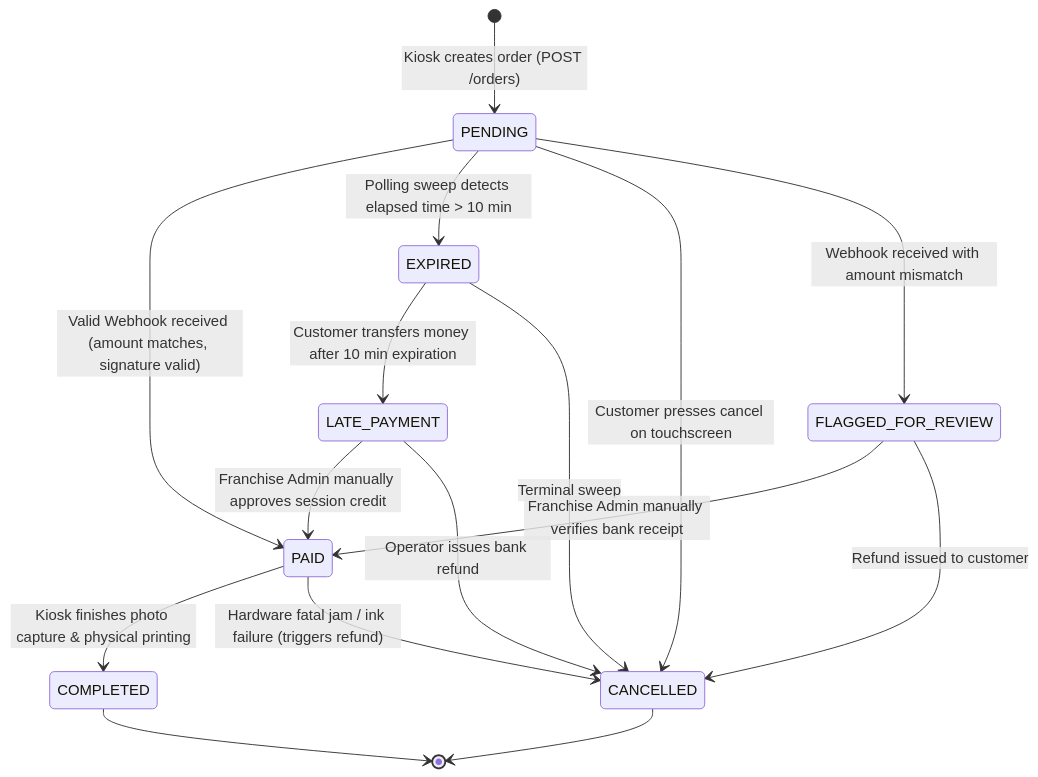
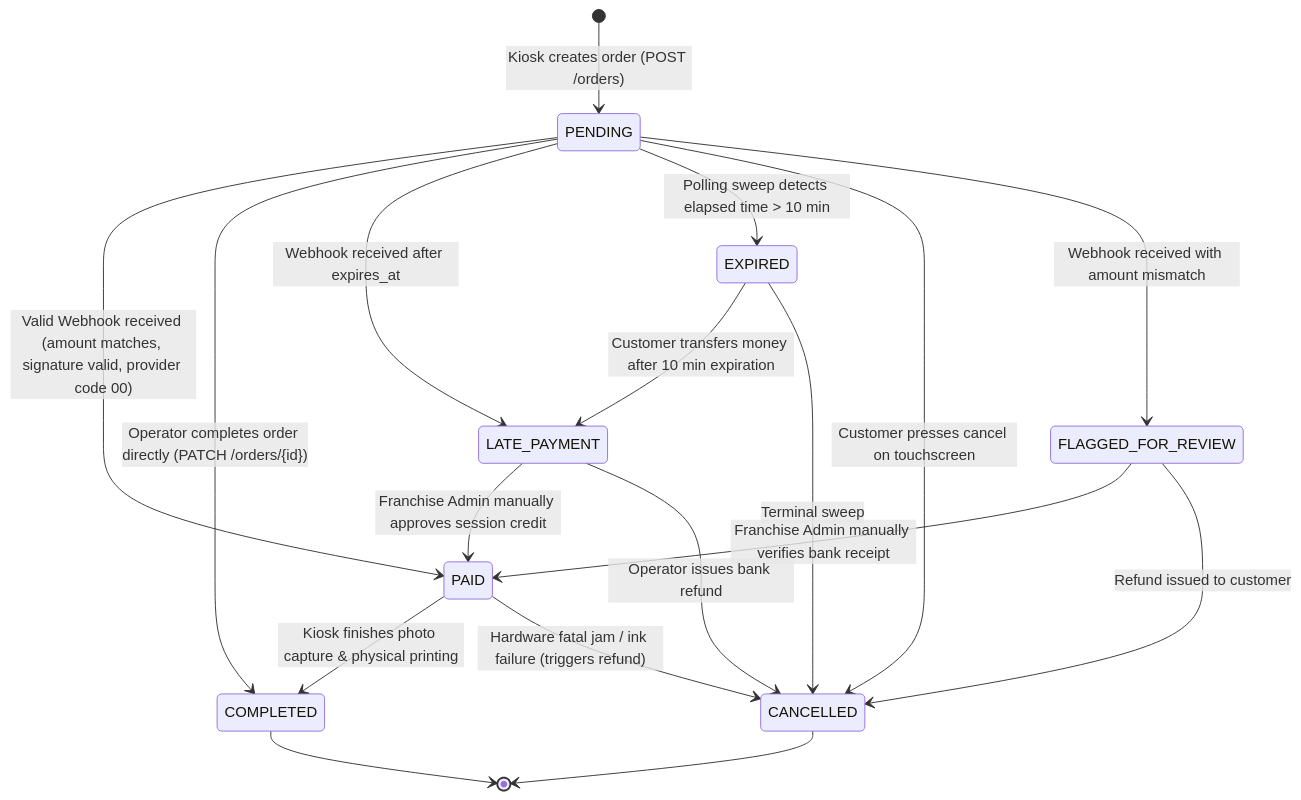
Before and after one commit to hienlongg/photobooth-order-payment-system: diagram 13 of 15 in docs/DESIGN.md, drawn with Mermaid. The commit also changed other lines of this file and 24 other files, not shown here.

First line of the commit message:
feat(payments): add PayOS/VietQR payment flow with idempotent webhooks

````diff
--- a/docs/DESIGN.md
+++ b/docs/DESIGN.md
@@ -1318,24 +1366,26 @@
 ```mermaid
 stateDiagram-v2
     [*] --> PENDING : Kiosk creates order (POST /orders)
 
-    PENDING --> PAID : Valid Webhook received (amount matches, signature valid)
+    PENDING --> PAID : Valid Webhook received (amount matches, signature valid, provider code 00)
+    PENDING --> COMPLETED : Operator completes order directly (PATCH /orders/{id})
+    PENDING --> LATE_PAYMENT : Webhook received after expires_at
     PENDING --> EXPIRED : Polling sweep detects elapsed time > 10 min
     PENDING --> CANCELLED : Customer presses cancel on touchscreen
     PENDING --> FLAGGED_FOR_REVIEW : Webhook received with amount mismatch
 
     EXPIRED --> LATE_PAYMENT : Customer transfers money after 10 min expiration
     EXPIRED --> CANCELLED : Terminal sweep
 
     FLAGGED_FOR_REVIEW --> PAID : Franchise Admin manually verifies bank receipt
     FLAGGED_FOR_REVIEW --> CANCELLED : Refund issued to customer
 
     LATE_PAYMENT --> PAID : Franchise Admin manually approves session credit
     LATE_PAYMENT --> CANCELLED : Operator issues bank refund
 
     PAID --> COMPLETED : Kiosk finishes photo capture & physical printing
     PAID --> CANCELLED : Hardware fatal jam / ink failure (triggers refund)
 
     COMPLETED --> [*]
     CANCELLED --> [*]
 ```
````
